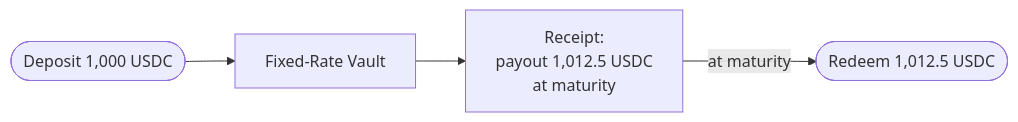
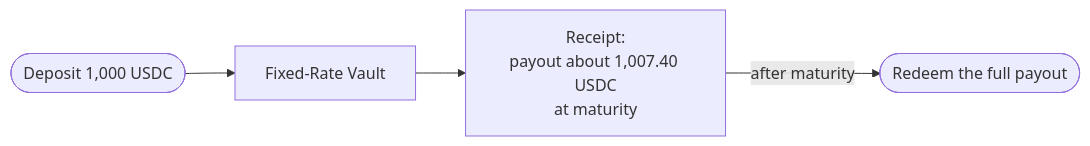
One commit to Suryashish/spield-docs changed the diagram in content/docs/features/fixed-rate-vault.mdx. Above: the diagram before and after it, drawn with Mermaid. The commit also changed other lines of this file and 56 other files, not shown here.

````diff
--- a/content/docs/features/fixed-rate-vault.mdx
+++ b/content/docs/features/fixed-rate-vault.mdx
@@ -24,6 +23,6 @@
 ```mermaid
 flowchart LR
-  U([Deposit 1,000 USDC]) --> V[Fixed-Rate Vault]
-  V --> R[Receipt:<br/>payout 1,012.5 USDC<br/>at maturity]
-  R -->|at maturity| OUT([Redeem 1,012.5 USDC])
+  U(["Deposit 1,000 USDC"]) --> V["Fixed-Rate Vault"]
+  V --> R["Receipt:<br/>payout about 1,007.40 USDC<br/>at maturity"]
+  R -->|after maturity| OUT(["Redeem the full payout"])
 ```
````
